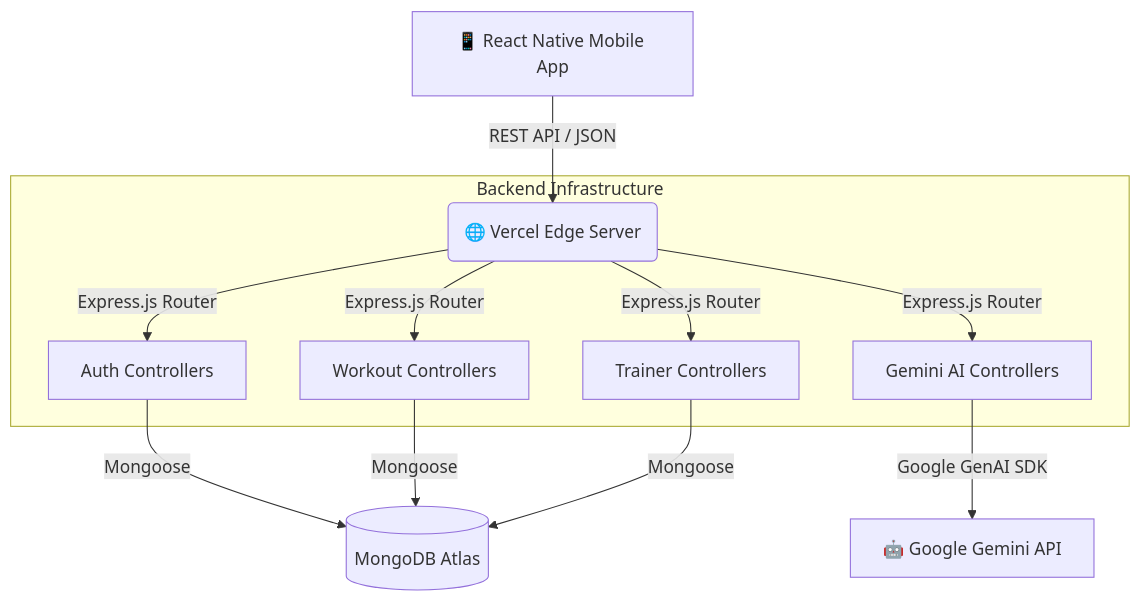
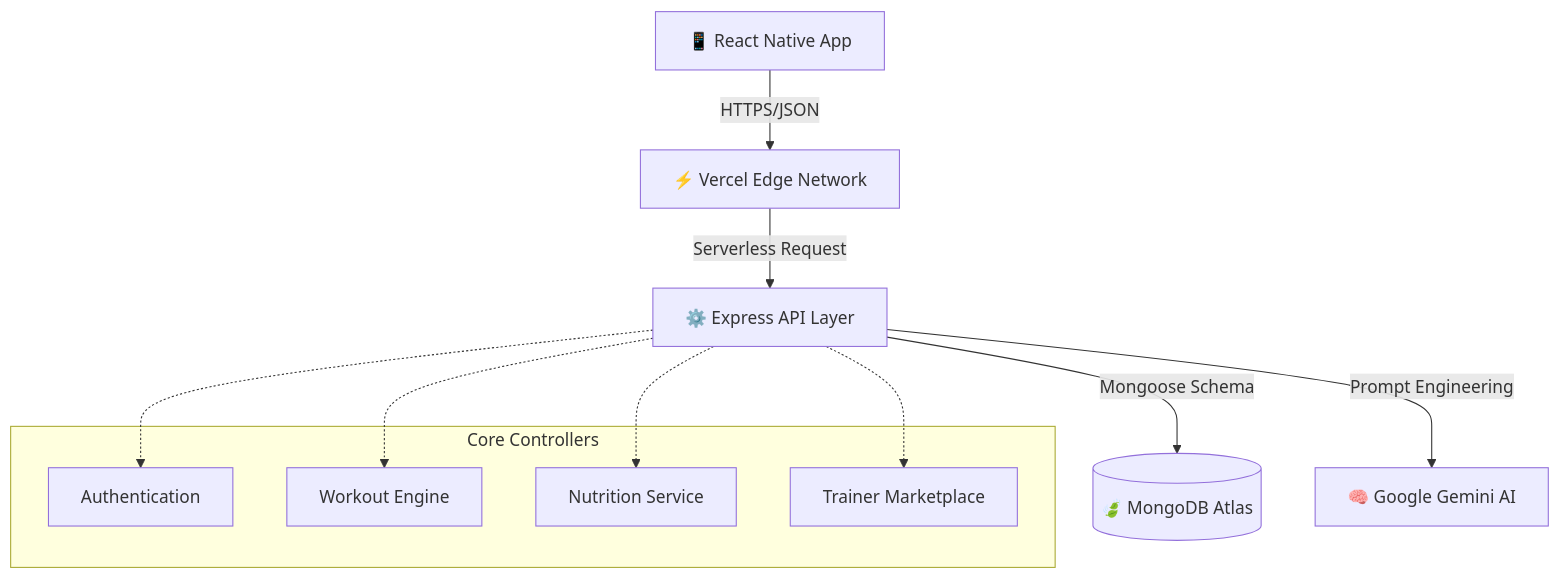
Before and after one commit to A4Asfar/Fitness-Tracking-and-Workout-management-system: the diagram in README.md, drawn with Mermaid. The commit also changed other lines of this file, not shown here.

````diff
--- a/README.md
+++ b/README.md
@@ -74,17 +78,26 @@
 ```mermaid
 graph TD
-    Client[📱 React Native Mobile App] -->|REST API / JSON| API(🌐 Vercel Edge Server)
+    Client[📱 React Native App]
+    Edge[⚡ Vercel Edge Network]
+    API[⚙️ Express API Layer]
+    DB[(🍃 MongoDB Atlas)]
+    AI[🧠 Google Gemini AI]
     
-    subgraph Backend Infrastructure
-        API -->|Express.js Router| Auth[Auth Controllers]
-        API -->|Express.js Router| Workouts[Workout Controllers]
-        API -->|Express.js Router| Trainers[Trainer Controllers]
-        API -->|Express.js Router| AI[Gemini AI Controllers]
+    Client -- "HTTPS/JSON" --> Edge
+    Edge -- "Serverless Request" --> API
+    
+    API -- "Mongoose Schema" --> DB
+    API -- "Prompt Engineering" --> AI
+    
+    subgraph Core Controllers
+    Auth[Authentication]
+    Workouts[Workout Engine]
+    Diet[Nutrition Service]
+    Trainers[Trainer Marketplace]
     end
     
-    Auth -->|Mongoose| DB[(MongoDB Atlas)]
-    Workouts -->|Mongoose| DB
-    Trainers -->|Mongoose| DB
-    
-    AI -->|Google GenAI SDK| Gemini[🤖 Google Gemini API]
+    API -.-> Auth
+    API -.-> Workouts
+    API -.-> Diet
+    API -.-> Trainers
 ```
````
